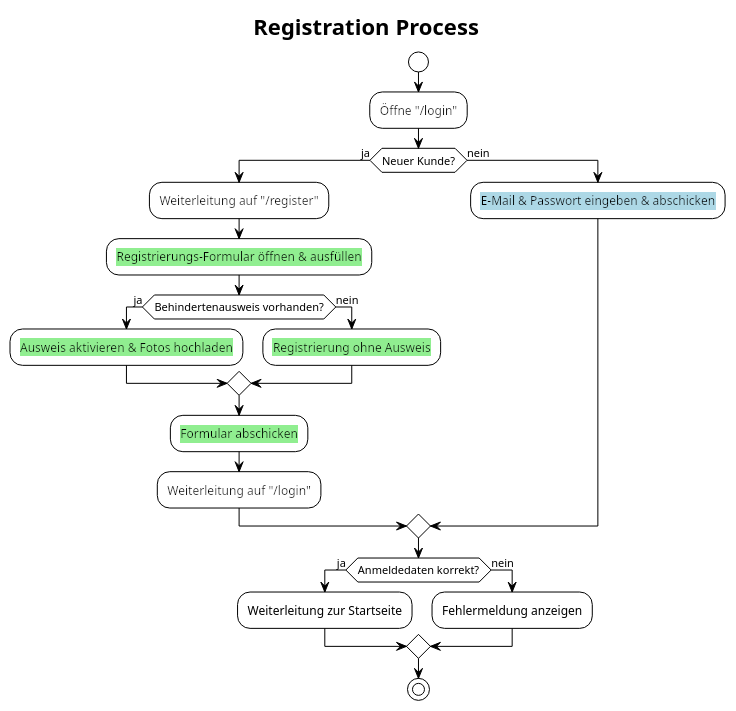
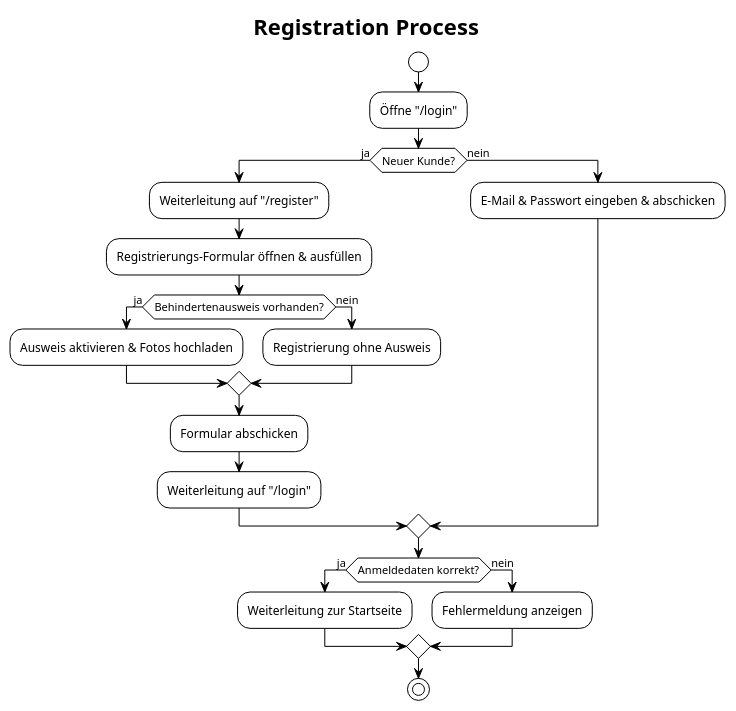
The diagram in diagrams/registration.puml (konzjulianprivat/EventimDisabilityIntegration), drawn with PlantUML before and after one commit. The commit also changed 20 other files, not shown here.

```diff
--- a/diagrams/registration.puml
+++ b/diagrams/registration.puml
@@ -1,30 +1,30 @@
 @startuml
 title Registration Process
 
 !theme plain
 skinparam linetype ortho
 start
 
-:<back:White>Öffne "/login";
+:Öffne "/login";
 if (Neuer Kunde?) then (ja)
-:<back:White>Weiterleitung auf "/register";
-:<back:LightGreen>Registrierungs-Formular öffnen & ausfüllen;
+:Weiterleitung auf "/register";
+:Registrierungs-Formular öffnen & ausfüllen;
   if (Behindertenausweis vorhanden?) then (ja)
-    :<back:LightGreen>Ausweis aktivieren & Fotos hochladen;
+    :Ausweis aktivieren & Fotos hochladen;
     else (nein)
-    :<back:LightGreen>Registrierung ohne Ausweis;
+    :Registrierung ohne Ausweis;
   endif
-  :<back:LightGreen>Formular abschicken;
-  :<back:White>Weiterleitung auf "/login";
+  :Formular abschicken;
+  :Weiterleitung auf "/login";
 else (nein)
-  :<back:LightBlue>E-Mail & Passwort eingeben & abschicken;
+  :E-Mail & Passwort eingeben & abschicken;
 endif
 
 if (Anmeldedaten korrekt?) then (ja)
   :Weiterleitung zur Startseite;
 else (nein)
   :Fehlermeldung anzeigen;
 endif
 
 stop
 @enduml
```
